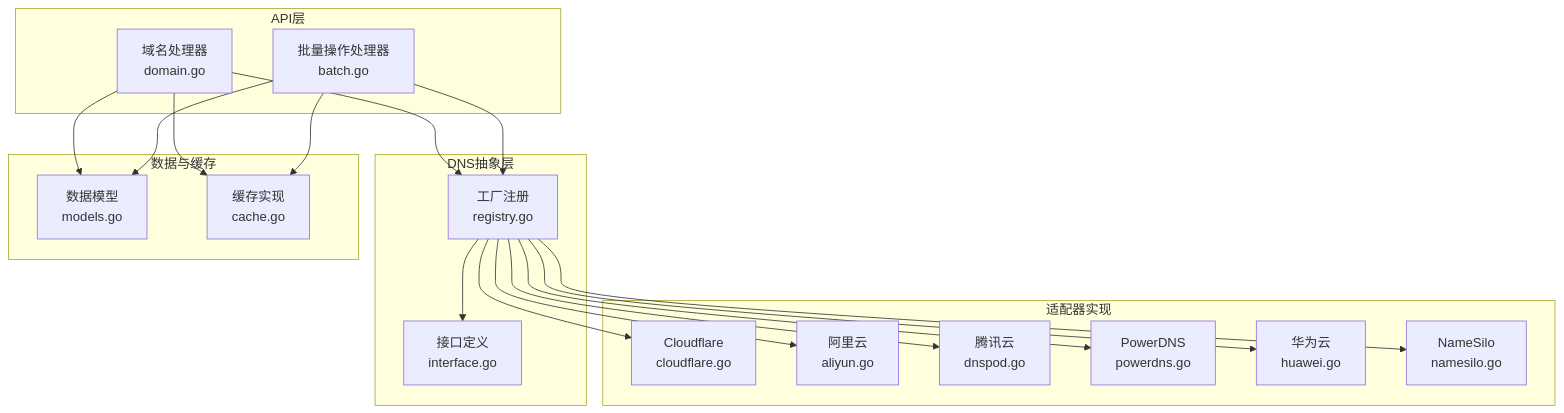
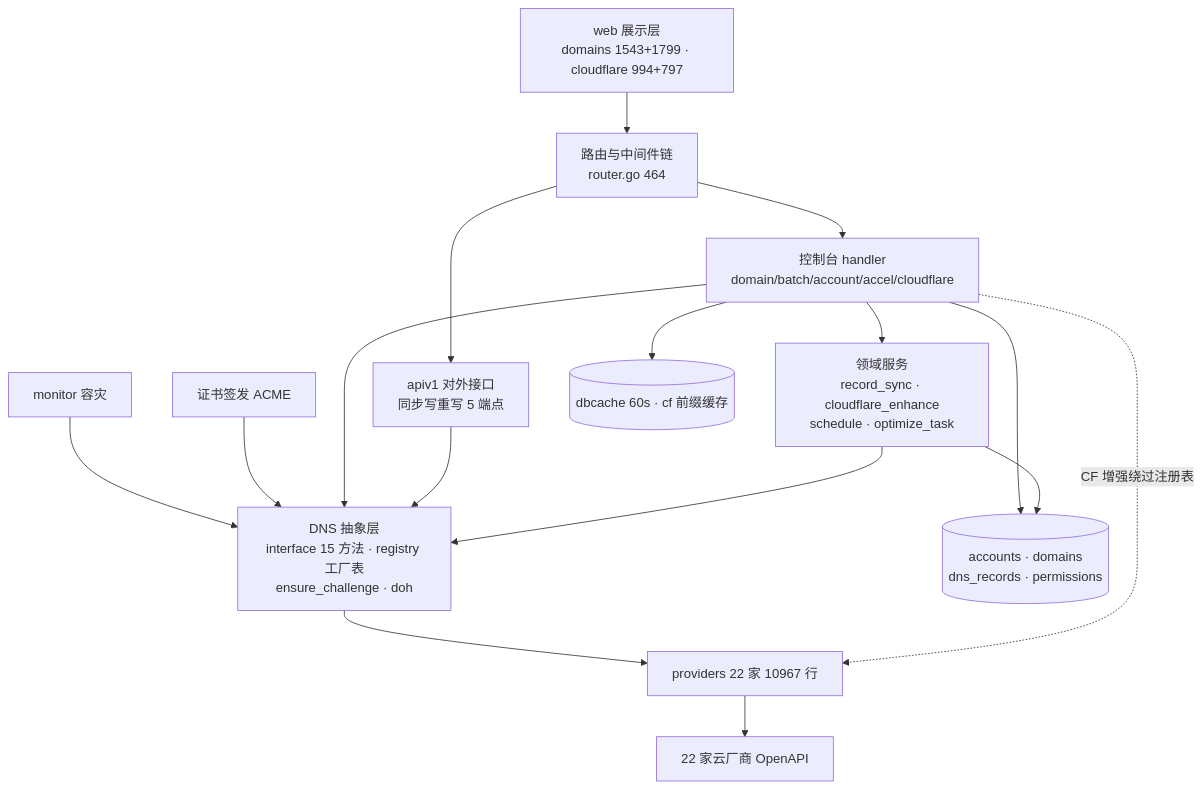
One commit to x01n/dnsplane changed the first of 5 diagrams in docs/DNS管理功能/DNS管理功能.md. Above: the diagram before and after it, drawn with Mermaid. The commit also changed other lines of this file and 326 other files, not shown here.

````diff
--- a/docs/DNS管理功能/DNS管理功能.md
+++ b/docs/DNS管理功能/DNS管理功能.md
@@ -40,36 +159,18 @@
 ```mermaid
-graph TB
-subgraph "API层"
-H1["域名处理器<br/>domain.go"]
-H2["批量操作处理器<br/>batch.go"]
-end
-subgraph "DNS抽象层"
-I1["接口定义<br/>interface.go"]
-R1["工厂注册<br/>registry.go"]
-end
-subgraph "适配器实现"
-P1["Cloudflare<br/>cloudflare.go"]
-P2["阿里云<br/>aliyun.go"]
-P3["腾讯云<br/>dnspod.go"]
-P4["PowerDNS<br/>powerdns.go"]
-P5["华为云<br/>huawei.go"]
-P6["NameSilo<br/>namesilo.go"]
-end
-subgraph "数据与缓存"
-M1["数据模型<br/>models.go"]
-C1["缓存实现<br/>cache.go"]
-end
-H1 --> R1
-H2 --> R1
-R1 --> I1
-R1 --> P1
-R1 --> P2
-R1 --> P3
-R1 --> P4
-R1 --> P5
-R1 --> P6
-H1 --> M1
-H2 --> M1
-H1 --> C1
-H2 --> C1
+flowchart TB
+    W["web 展示层<br/>domains 1543+1799 · cloudflare 994+797"] --> R["路由与中间件链<br/>router.go 464"]
+    R --> H["控制台 handler<br/>domain/batch/account/accel/cloudflare"]
+    R --> V1["apiv1 对外接口<br/>同步写重写 5 端点"]
+    H --> S["领域服务<br/>record_sync · cloudflare_enhance<br/>schedule · optimize_task"]
+    M["monitor 容灾"] --> I
+    CERT["证书签发 ACME"] --> I
+    H --> I["DNS 抽象层<br/>interface 15 方法 · registry 工厂表<br/>ensure_challenge · doh"]
+    V1 --> I
+    S --> I
+    I --> P["providers 22 家 10967 行"]
+    P --> API["22 家云厂商 OpenAPI"]
+    H --> DB[("accounts · domains<br/>dns_records · permissions")]
+    S --> DB
+    H --> CA[("dbcache 60s · cf 前缀缓存")]
+    H -.->|CF 增强绕过注册表| P
 ```
````
